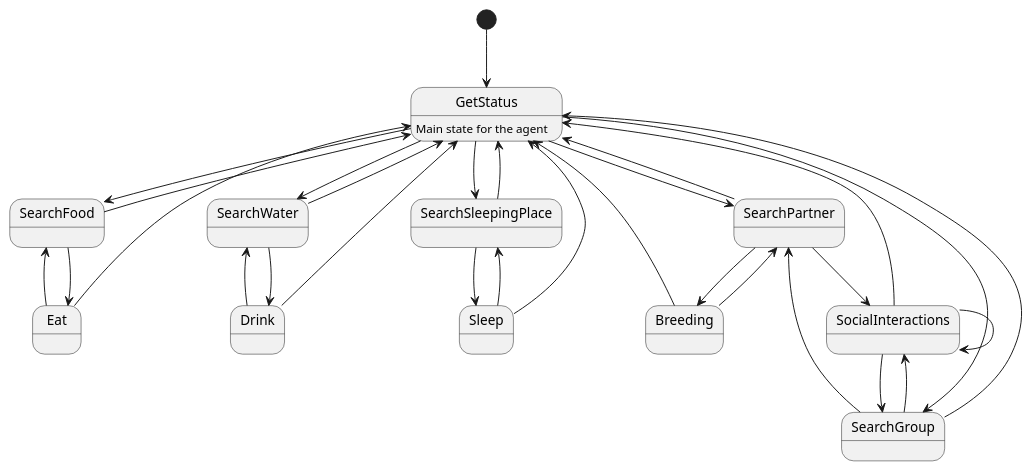
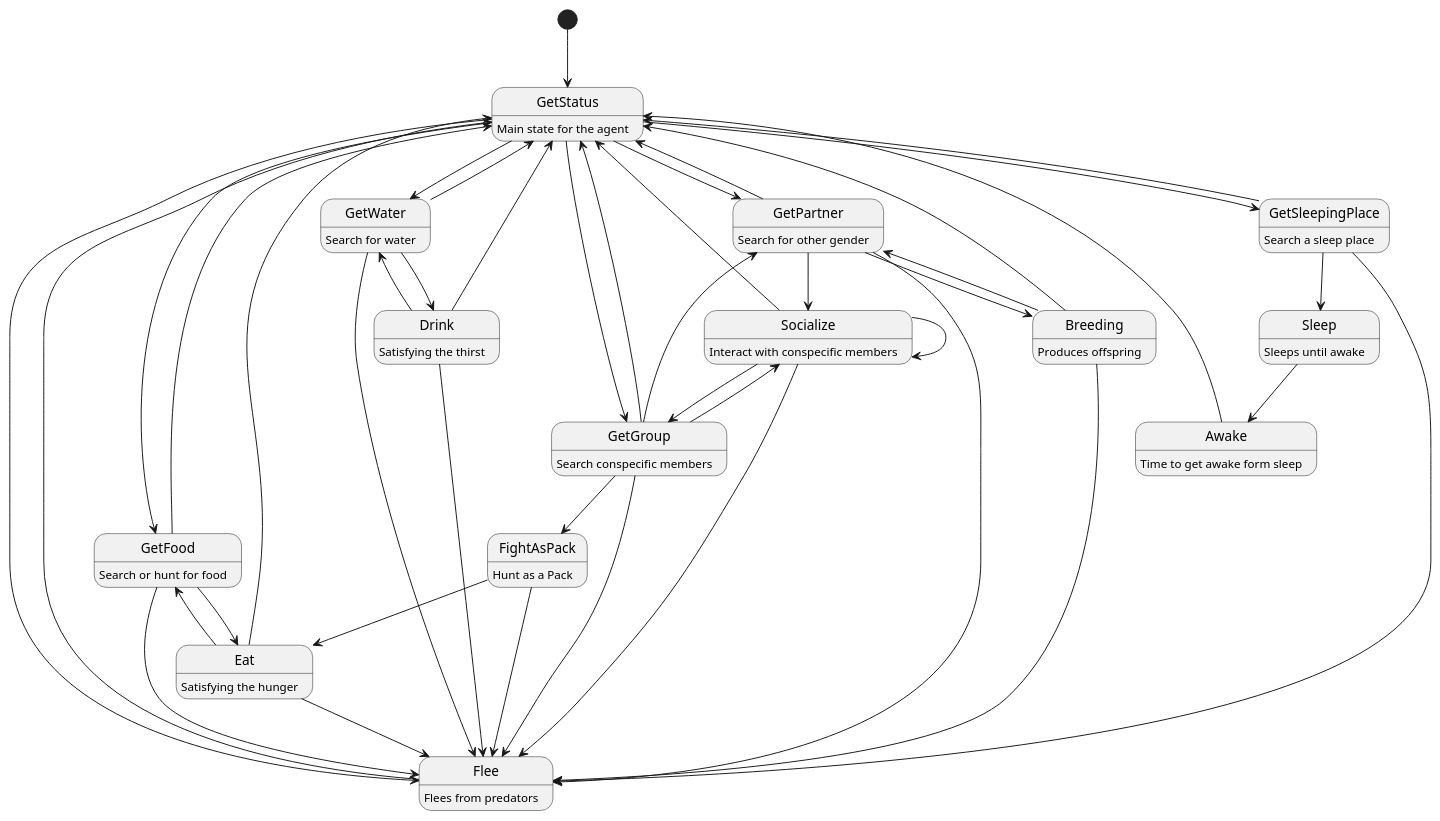
One commit to poetter-sebastian/Simulation changed the diagram in Assets/Doc/states.puml. Above: the diagram before and after it, drawn with PlantUML. The commit also changed 29 other files, not shown here.

Commit message:
Added test animals Added new states Edited states of the UML Added documentation

```diff
--- a/Assets/Doc/states.puml
+++ b/Assets/Doc/states.puml
@@ -1,41 +1,69 @@
 @startuml
 
 [*] --> GetStatus
 
 GetStatus : Main state for the agent
+GetStatus --> GetFood
+GetStatus --> GetWater
+GetStatus --> GetSleepingPlace
+GetStatus --> GetPartner
+GetStatus --> GetGroup
+GetStatus --> Flee
 
-GetStatus --> SearchFood
-GetStatus --> SearchWater
-GetStatus --> SearchSleepingPlace
-GetStatus --> SearchPartner
-GetStatus --> SearchGroup
+Flee : Flees from predators
+Flee --> GetStatus
 
-SearchWater --> Drink
-SearchWater --> GetStatus
+GetWater : Search for water
+GetWater --> Drink
+GetWater --> GetStatus
+GetWater --> Flee
+
+Drink : Satisfying the thirst
 Drink -u> GetStatus
-Drink -u> SearchWater
+Drink -u> GetWater
+Drink --> Flee
 
-SearchFood --> Eat
-SearchFood --> GetStatus
+GetFood : Search or hunt for food
+GetFood --> Eat
+GetFood --> GetStatus
+GetFood --> Flee
+Eat : Satisfying the hunger
 Eat -u> GetStatus
-Eat -u> SearchFood
+Eat -u> GetFood
+Eat --> Flee
 
-SearchSleepingPlace --> GetStatus
-SearchSleepingPlace --> Sleep
-Sleep --> GetStatus
-Sleep --> SearchSleepingPlace
+GetSleepingPlace : Search a sleep place
+GetSleepingPlace --> GetStatus
+GetSleepingPlace --> Sleep
+GetSleepingPlace --> Flee
+Sleep : Sleeps until awake
+Sleep --> Awake
+Awake : Time to get awake form sleep
+Awake --> GetStatus
 
-SearchPartner --> GetStatus
-SearchPartner --> Breeding
-SearchPartner --> SocialInteractions
+GetPartner : Search for other gender
+GetPartner --> GetStatus
+GetPartner --> Breeding
+GetPartner --> Socialize
+GetPartner --> Flee
+Breeding : Produces offspring 
 Breeding --> GetStatus
-Breeding --> SearchPartner
+Breeding --> GetPartner
+Breeding --> Flee
 
-SearchGroup --> GetStatus
-SearchGroup --> SocialInteractions
-SearchGroup --> SearchPartner
-SocialInteractions --> GetStatus
-SocialInteractions --> SocialInteractions
-SocialInteractions --> SearchGroup
+GetGroup : Search conspecific members
+GetGroup --> GetStatus
+GetGroup --> Socialize
+GetGroup --> GetPartner
+GetGroup --> Flee
+GetGroup --> FightAsPack
+FightAsPack : Hunt as a Pack
+FightAsPack --> Eat
+FightAsPack --> Flee
+Socialize : Interact with conspecific members
+Socialize --> GetStatus
+Socialize --> Socialize
+Socialize --> GetGroup
+Socialize --> Flee
 
 @enduml
```
